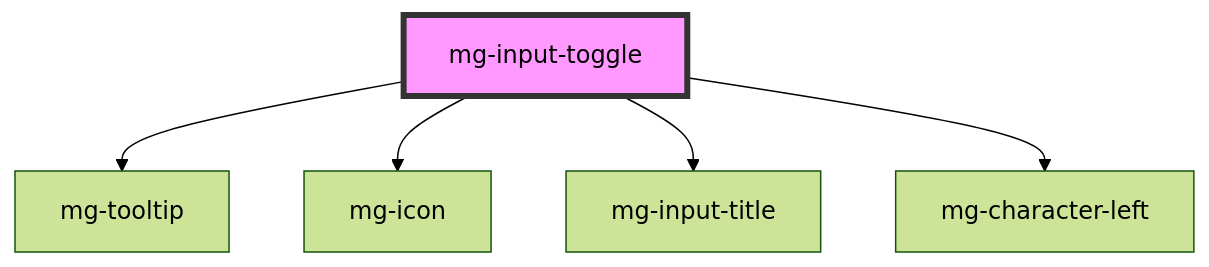
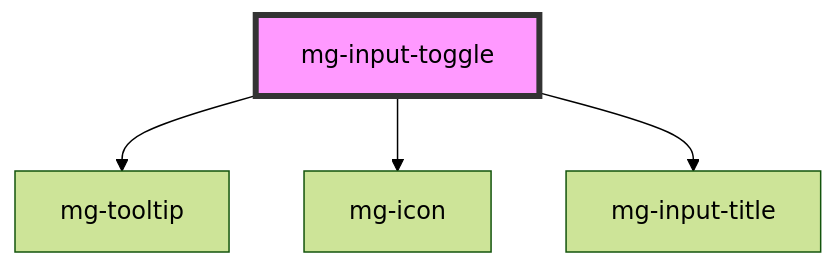
The diagram in src/components/molecules/inputs/mg-input-toggle/readme.md (MGDIS/mg-components), drawn with Mermaid (forest theme) before and after one commit. The commit also changed other lines of this file and 97 other files, not shown here.

````diff
--- a/src/components/molecules/inputs/mg-input-toggle/readme.md
+++ b/src/components/molecules/inputs/mg-input-toggle/readme.md
@@ -63,8 +62,7 @@
 ```mermaid
 graph TD;
   mg-input-toggle --> mg-tooltip
   mg-input-toggle --> mg-icon
   mg-input-toggle --> mg-input-title
-  mg-input-toggle --> mg-character-left
   style mg-input-toggle fill:#f9f,stroke:#333,stroke-width:4px
 ```
````
